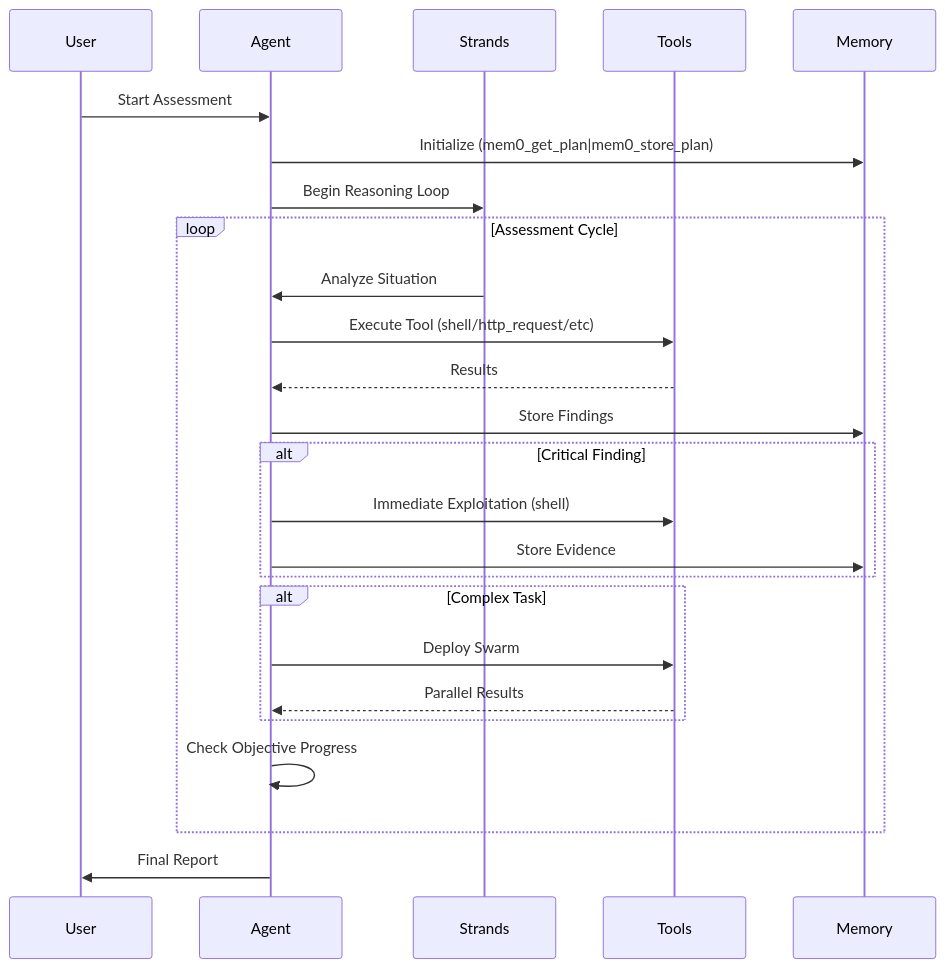
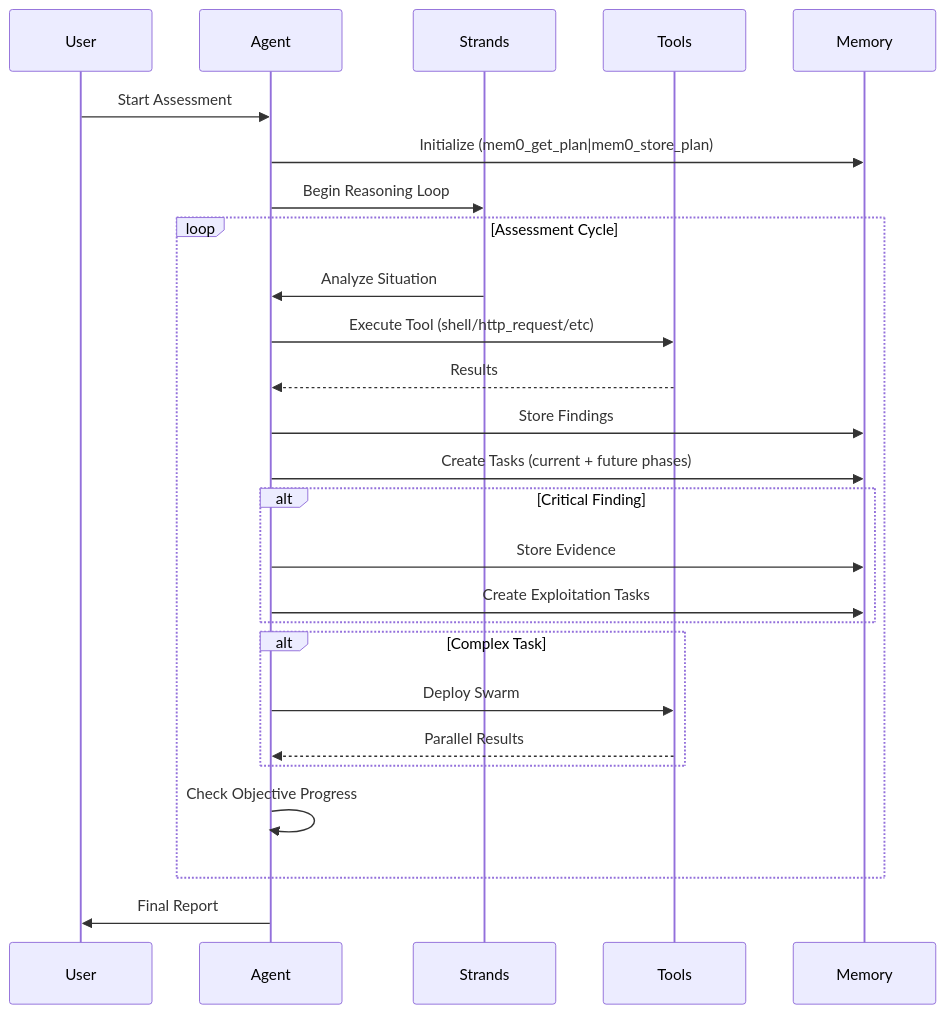
One commit to double16/Cyber-AutoAgent-ng changed the second of 5 diagrams in docs/architecture.md. Above: the diagram before and after it, drawn with Mermaid. The commit also changed 35 other files, not shown here.

````diff
--- a/docs/architecture.md
+++ b/docs/architecture.md
@@ -82,33 +82,34 @@
 ```mermaid
 sequenceDiagram
     participant User
     participant Agent
     participant Strands
     participant Tools
     participant Memory
     
     User->>Agent: Start Assessment
     Agent->>Memory: Initialize (mem0_get_plan|mem0_store_plan)
     Agent->>Strands: Begin Reasoning Loop
     
     loop Assessment Cycle
         Strands->>Agent: Analyze Situation
         Agent->>Tools: Execute Tool (shell/http_request/etc)
         Tools-->>Agent: Results
         Agent->>Memory: Store Findings
-        
+        Agent->>Memory: Create Tasks (current + future phases)
+
         alt Critical Finding
-            Agent->>Tools: Immediate Exploitation (shell)
             Agent->>Memory: Store Evidence
+            Agent->>Memory: Create Exploitation Tasks
         end
         
         alt Complex Task
             Agent->>Tools: Deploy Swarm
             Tools-->>Agent: Parallel Results
         end
         
         Agent->>Agent: Check Objective Progress
     end
     
     Agent->>User: Final Report
 ```
````
